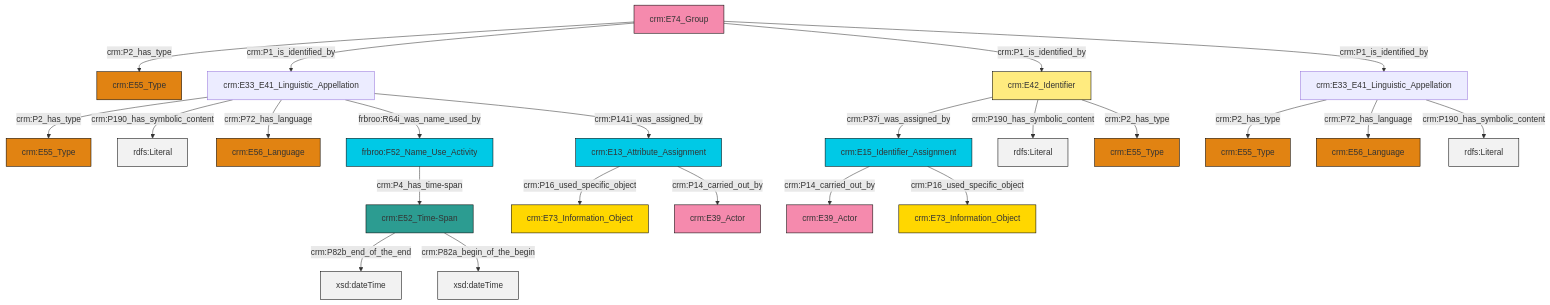
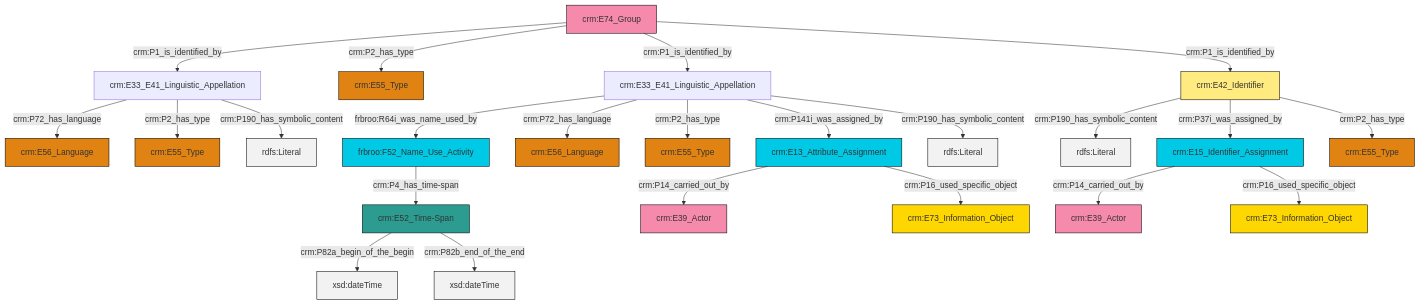
The diagram in et/groupCSV/ttl/mmd/group_name.ttl.mmd (swiss-art-research-net/docs.swissartresearch), drawn with Mermaid before and after one commit. The commit also changed 178 other files, not shown here.

```diff
--- a/et/groupCSV/ttl/mmd/group_name.ttl.mmd
+++ b/et/groupCSV/ttl/mmd/group_name.ttl.mmd
@@ -1,37 +1,37 @@
 graph TD
 classDef Literal fill:#f2f2f2,stroke:#000000;
 classDef CRM_Entity fill:#FFFFFF,stroke:#000000;
 classDef Temporal_Entity fill:#00C9E6, stroke:#000000;
 classDef Type fill:#E18312, stroke:#000000;
 classDef Time-Span fill:#2C9C91, stroke:#000000;
 classDef Appellation fill:#FFEB7F, stroke:#000000;
 classDef Place fill:#008836, stroke:#000000;
 classDef Persistent_Item fill:#B266B2, stroke:#000000;
 classDef Conceptual_Object fill:#FFD700, stroke:#000000;
 classDef Physical_Thing fill:#D2B48C, stroke:#000000;
 classDef Actor fill:#f58aad, stroke:#000000;
 classDef PC_Classes fill:#4ce600, stroke:#000000;
 classDef Multi fill:#cccccc,stroke:#000000;
 
-0["crm:E15_Identifier_Assignment"]:::Temporal_Entity -->|crm:P14_carried_out_by| 1["crm:E39_Actor"]:::Actor
-4["crm:E74_Group"]:::Actor -->|crm:P2_has_type| 5["crm:E55_Type"]:::Type
-11["crm:E42_Identifier"]:::Appellation -->|crm:P37i_was_assigned_by| 0["crm:E15_Identifier_Assignment"]:::Temporal_Entity
-4["crm:E74_Group"]:::Actor -->|crm:P1_is_identified_by| 6["crm:E33_E41_Linguistic_Appellation"]:::Default
-12["crm:E13_Attribute_Assignment"]:::Temporal_Entity -->|crm:P16_used_specific_object| 9["crm:E73_Information_Object"]:::Conceptual_Object
-12["crm:E13_Attribute_Assignment"]:::Temporal_Entity -->|crm:P14_carried_out_by| 13["crm:E39_Actor"]:::Actor
-6["crm:E33_E41_Linguistic_Appellation"]:::Default -->|crm:P2_has_type| 16["crm:E55_Type"]:::Type
+2["crm:E52_Time-Span"]:::Time-Span -->|crm:P82a_begin_of_the_begin| 3[xsd:dateTime]:::Literal
+8["crm:E33_E41_Linguistic_Appellation"]:::Default -->|frbroo:R64i_was_name_used_by| 6["frbroo:F52_Name_Use_Activity"]:::Temporal_Entity
+11["crm:E42_Identifier"]:::Appellation -->|crm:P190_has_symbolic_content| 12[rdfs:Literal]:::Literal
+0["crm:E13_Attribute_Assignment"]:::Temporal_Entity -->|crm:P14_carried_out_by| 13["crm:E39_Actor"]:::Actor
+8["crm:E33_E41_Linguistic_Appellation"]:::Default -->|crm:P72_has_language| 14["crm:E56_Language"]:::Type
+8["crm:E33_E41_Linguistic_Appellation"]:::Default -->|crm:P2_has_type| 16["crm:E55_Type"]:::Type
+4["crm:E74_Group"]:::Actor -->|crm:P1_is_identified_by| 18["crm:E33_E41_Linguistic_Appellation"]:::Default
+8["crm:E33_E41_Linguistic_Appellation"]:::Default -->|crm:P141i_was_assigned_by| 0["crm:E13_Attribute_Assignment"]:::Temporal_Entity
+0["crm:E13_Attribute_Assignment"]:::Temporal_Entity -->|crm:P16_used_specific_object| 19["crm:E73_Information_Object"]:::Conceptual_Object
+4["crm:E74_Group"]:::Actor -->|crm:P2_has_type| 24["crm:E55_Type"]:::Type
+9["crm:E15_Identifier_Assignment"]:::Temporal_Entity -->|crm:P14_carried_out_by| 25["crm:E39_Actor"]:::Actor
+4["crm:E74_Group"]:::Actor -->|crm:P1_is_identified_by| 8["crm:E33_E41_Linguistic_Appellation"]:::Default
+8["crm:E33_E41_Linguistic_Appellation"]:::Default -->|crm:P190_has_symbolic_content| 27[rdfs:Literal]:::Literal
+6["frbroo:F52_Name_Use_Activity"]:::Temporal_Entity -->|crm:P4_has_time-span| 2["crm:E52_Time-Span"]:::Time-Span
+18["crm:E33_E41_Linguistic_Appellation"]:::Default -->|crm:P72_has_language| 30["crm:E56_Language"]:::Type
+11["crm:E42_Identifier"]:::Appellation -->|crm:P37i_was_assigned_by| 9["crm:E15_Identifier_Assignment"]:::Temporal_Entity
+2["crm:E52_Time-Span"]:::Time-Span -->|crm:P82b_end_of_the_end| 35[xsd:dateTime]:::Literal
+11["crm:E42_Identifier"]:::Appellation -->|crm:P2_has_type| 36["crm:E55_Type"]:::Type
 4["crm:E74_Group"]:::Actor -->|crm:P1_is_identified_by| 11["crm:E42_Identifier"]:::Appellation
-17["crm:E33_E41_Linguistic_Appellation"]:::Default -->|crm:P2_has_type| 18["crm:E55_Type"]:::Type
-17["crm:E33_E41_Linguistic_Appellation"]:::Default -->|crm:P72_has_language| 20["crm:E56_Language"]:::Type
-0["crm:E15_Identifier_Assignment"]:::Temporal_Entity -->|crm:P16_used_specific_object| 21["crm:E73_Information_Object"]:::Conceptual_Object
-6["crm:E33_E41_Linguistic_Appellation"]:::Default -->|crm:P190_has_symbolic_content| 24[rdfs:Literal]:::Literal
-6["crm:E33_E41_Linguistic_Appellation"]:::Default -->|crm:P72_has_language| 2["crm:E56_Language"]:::Type
-6["crm:E33_E41_Linguistic_Appellation"]:::Default -->|frbroo:R64i_was_name_used_by| 26["frbroo:F52_Name_Use_Activity"]:::Temporal_Entity
-6["crm:E33_E41_Linguistic_Appellation"]:::Default -->|crm:P141i_was_assigned_by| 12["crm:E13_Attribute_Assignment"]:::Temporal_Entity
-28["crm:E52_Time-Span"]:::Time-Span -->|crm:P82b_end_of_the_end| 29[xsd:dateTime]:::Literal
-17["crm:E33_E41_Linguistic_Appellation"]:::Default -->|crm:P190_has_symbolic_content| 30[rdfs:Literal]:::Literal
-11["crm:E42_Identifier"]:::Appellation -->|crm:P190_has_symbolic_content| 33[rdfs:Literal]:::Literal
-28["crm:E52_Time-Span"]:::Time-Span -->|crm:P82a_begin_of_the_begin| 35[xsd:dateTime]:::Literal
-11["crm:E42_Identifier"]:::Appellation -->|crm:P2_has_type| 14["crm:E55_Type"]:::Type
-26["frbroo:F52_Name_Use_Activity"]:::Temporal_Entity -->|crm:P4_has_time-span| 28["crm:E52_Time-Span"]:::Time-Span
-4["crm:E74_Group"]:::Actor -->|crm:P1_is_identified_by| 17["crm:E33_E41_Linguistic_Appellation"]:::Default
+18["crm:E33_E41_Linguistic_Appellation"]:::Default -->|crm:P2_has_type| 21["crm:E55_Type"]:::Type
+18["crm:E33_E41_Linguistic_Appellation"]:::Default -->|crm:P190_has_symbolic_content| 38[rdfs:Literal]:::Literal
+9["crm:E15_Identifier_Assignment"]:::Temporal_Entity -->|crm:P16_used_specific_object| 28["crm:E73_Information_Object"]:::Conceptual_Object
```
